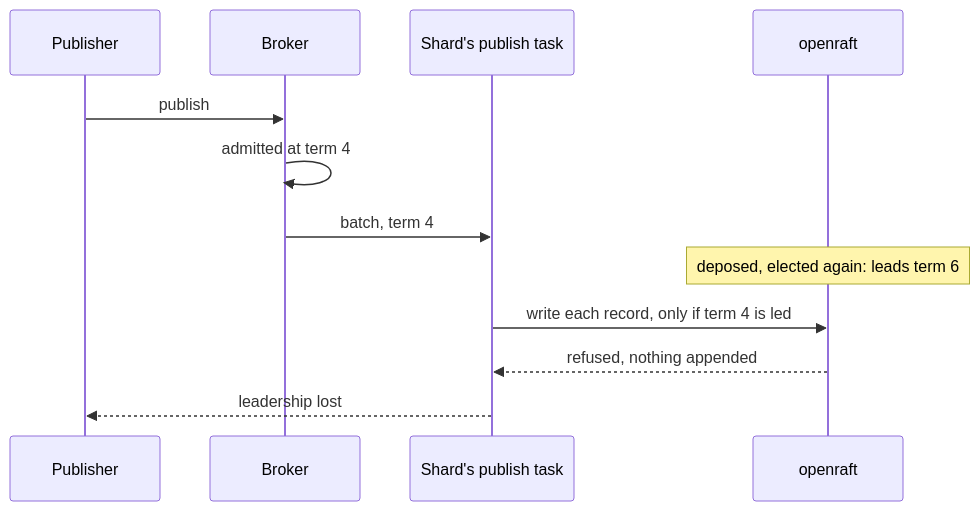
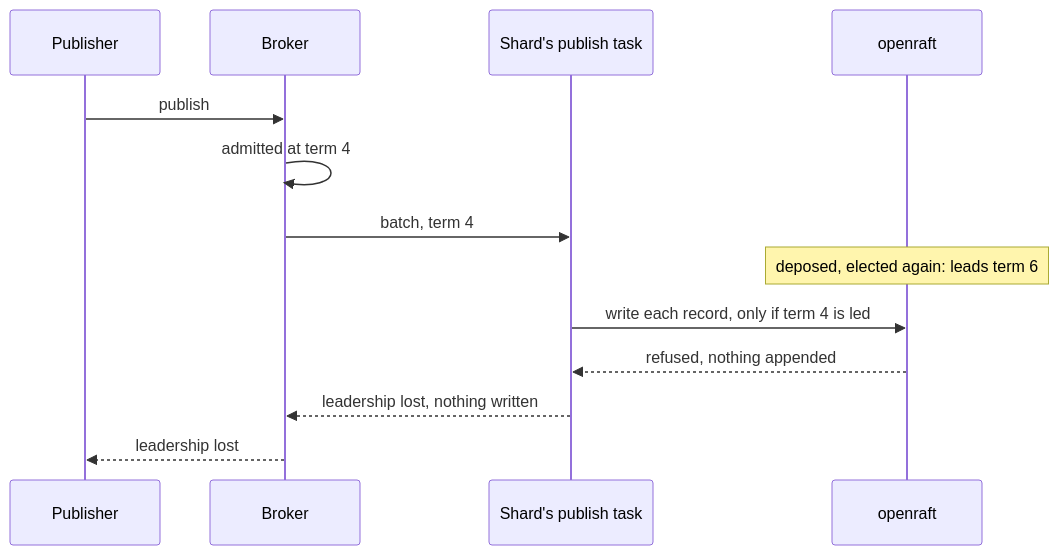
Before and after one commit to GetFelix/felix: the first of 5 diagrams in docs/per-shard-raft.md, drawn with Mermaid. The commit also changed other lines of this file and 2 other files, not shown here.

First line of the commit message:
fix(replication): a batch written in part is told so; docs for the term-bound write (#2453)

````diff
--- a/docs/per-shard-raft.md
+++ b/docs/per-shard-raft.md
@@ -689,14 +689,15 @@
 ```mermaid
 sequenceDiagram
     participant P as Publisher
     participant B as Broker
     participant Q as Shard's publish task
     participant R as openraft
     P->>B: publish
     B->>B: admitted at term 4
     B->>Q: batch, term 4
     Note over R: deposed, elected again: leads term 6
     Q->>R: write each record, only if term 4 is led
     R-->>Q: refused, nothing appended
-    Q-->>P: leadership lost
+    Q-->>B: leadership lost, nothing written
+    B-->>P: leadership lost
 ```
````
